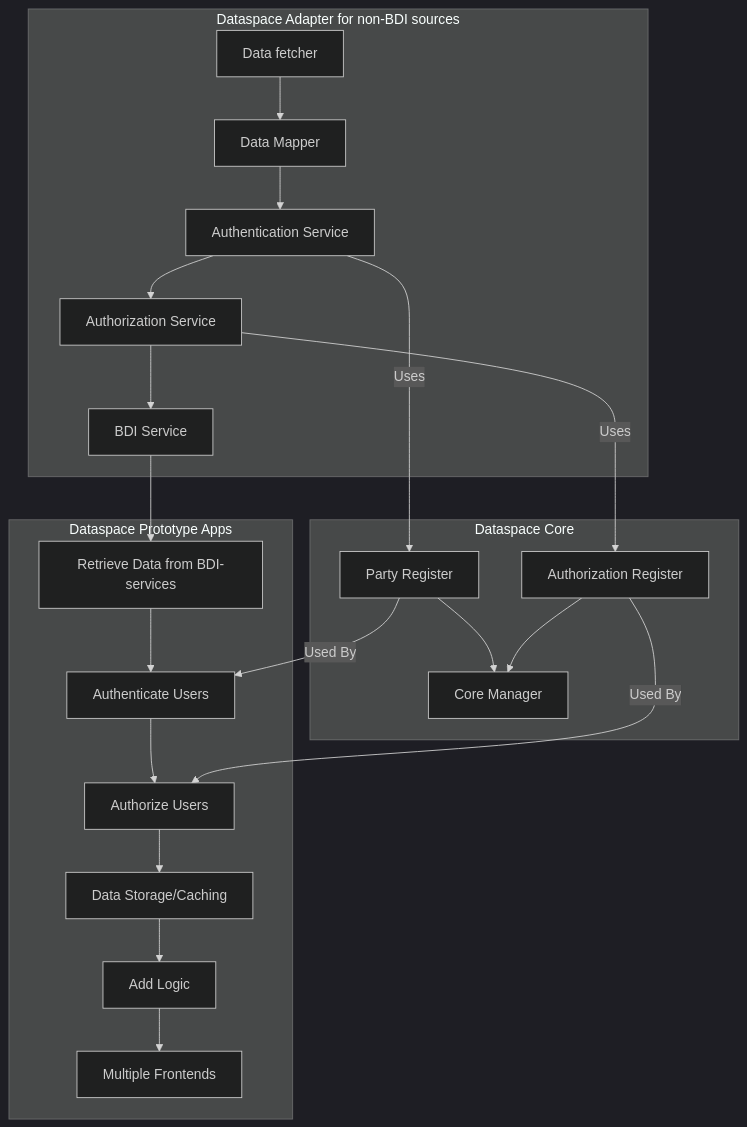
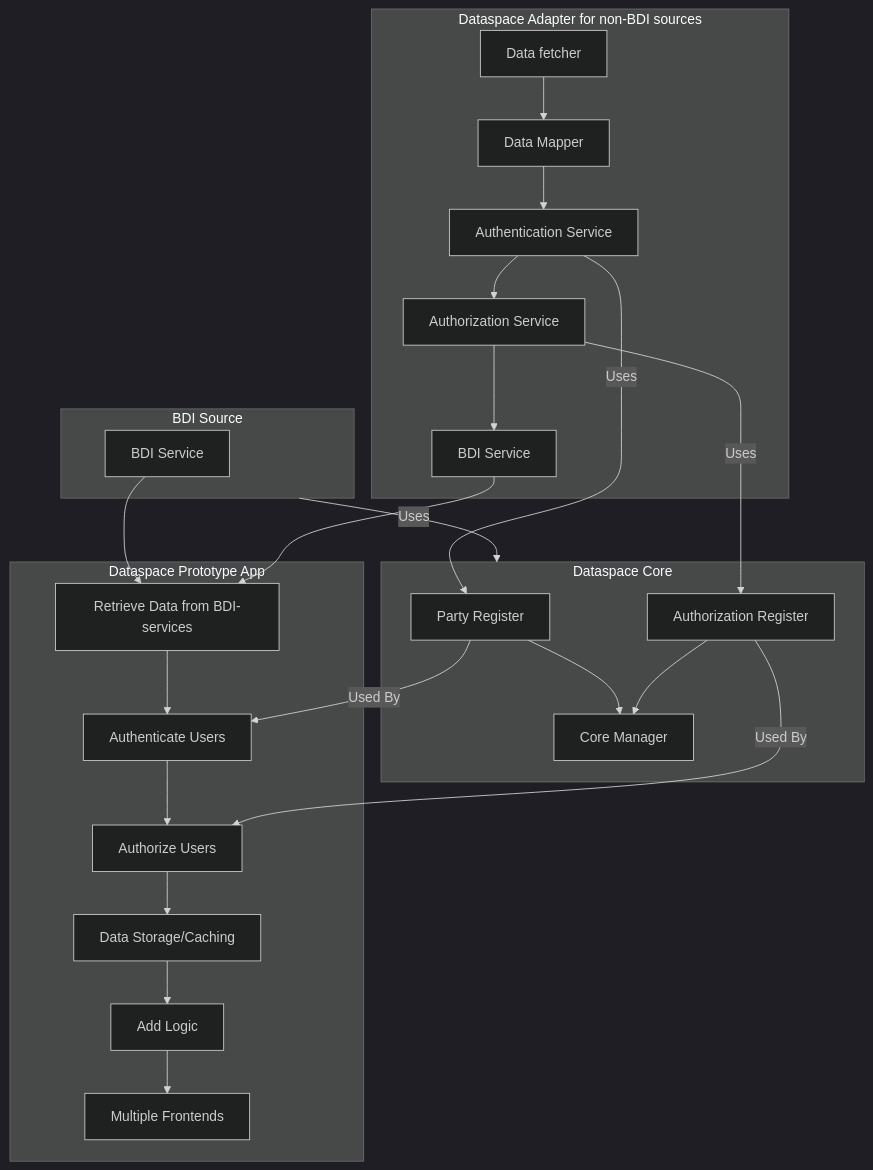
Before and after one commit to POORT8/Poort8.Dataspace.NoodleBar: the diagram in Poort8.Dataspace.Wiki/architecture.md, drawn with Mermaid (dark theme).

````diff
--- a/Poort8.Dataspace.Wiki/architecture.md
+++ b/Poort8.Dataspace.Wiki/architecture.md
@@ -2,53 +2,65 @@
 ```mermaid
 graph TB
+
+%% Dataspace Core
+subgraph Core[Dataspace Core]
+    PartyRegister[Party Register]
+    AuthRegister[Authorization Register]
+    CoreManager[Core Manager]
+end
+
+%% BDI Source
+subgraph BDIServiceExt[BDI Source]
+    BDIServiceEndpoint[BDI Service]
+end
+
 
 %% Dataspace Adapter
 subgraph Dataspace Adapter for non-BDI sources
     DataFetcher[Data fetcher]
     DataMapper[Data Mapper]
     AuthService[Authentication Service]
     AuthzService[Authorization Service]
     BDIService[BDI Service]
 end
 
-%% Dataspace Core
-subgraph Dataspace Core
-    PartyRegister[Party Register]
-    AuthRegister[Authorization Register]
-    CoreManager[Core Manager]
-end
+
 
 %% Dataspace Apps
-subgraph Dataspace Prototype Apps
+subgraph Dataspace Prototype App
     RESTSrc[Retrieve Data from BDI-services]
     AuthUsers[Authenticate Users]
     PEP[Authorize Users]
     DataStore[Data Storage/Caching]
     Logic[Add Logic]
     FrontEnds[Multiple Frontends]
 end
 
 %% Connections within Dataspace Adapter
 DataFetcher-->DataMapper
 DataMapper-->AuthService
 AuthService-->AuthzService
 AuthzService-->BDIService
 
 %% Connections within Dataspace Core
 PartyRegister-->CoreManager
 AuthRegister-->CoreManager
 
 %% Connections within Dataspace Apps
 RESTSrc-->AuthUsers
 AuthUsers-->PEP
 PEP-->DataStore
 DataStore-->Logic
 Logic-->FrontEnds
 
 %% Dependencies
 AuthzService-->|Uses|AuthRegister
 AuthRegister-->|Used By|PEP
 AuthService-->|Uses|PartyRegister
 PartyRegister-->|Used By|AuthUsers
+BDIServiceEndpoint-->RESTSrc
 BDIService-->RESTSrc
+BDIServiceExt-->|Uses|Core
+%%BDIServiceExt-->|May Use|AuthRegister
+
 ```
````
